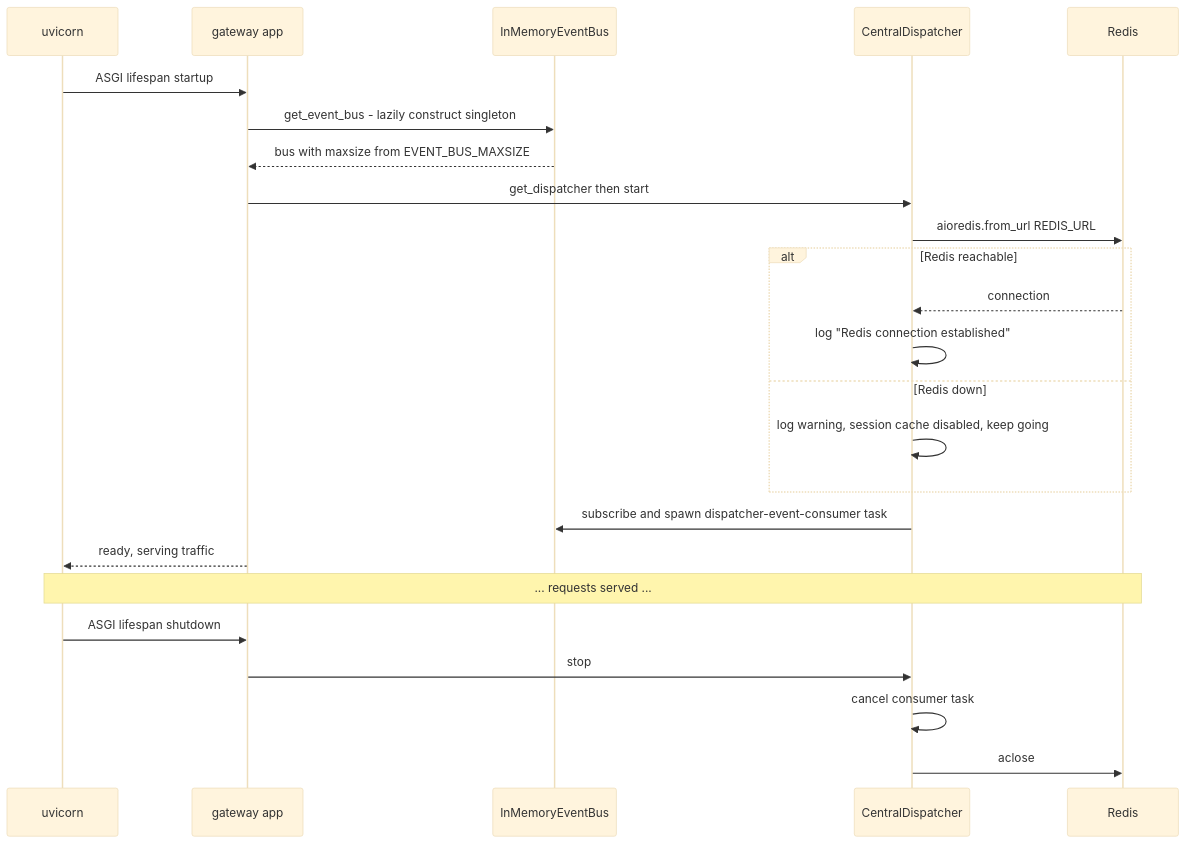
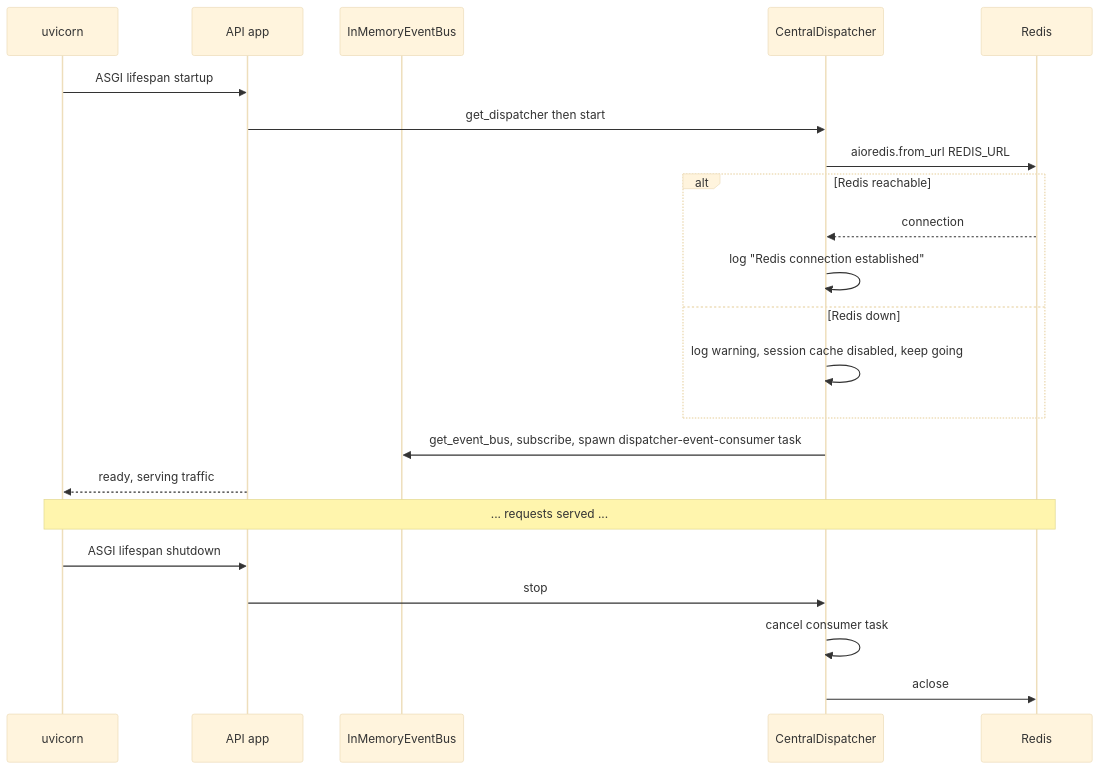
The second of 22 diagrams in docs/current/13-gateway-and-realtime.md (gondolerahul/hire-buddha-app), drawn with Mermaid (base theme) before and after one commit. The commit also changed other lines of this file and 61 other files, not shown here.

````diff
--- a/docs/current/13-gateway-and-realtime.md
+++ b/docs/current/13-gateway-and-realtime.md
@@ -235,29 +182,27 @@
 ```mermaid
 sequenceDiagram
     participant U as uvicorn
-    participant A as gateway app
+    participant A as API app
     participant B as InMemoryEventBus
     participant D as CentralDispatcher
     participant R as Redis
 
     U->>A: ASGI lifespan startup
-    A->>B: get_event_bus - lazily construct singleton
-    B-->>A: bus with maxsize from EVENT_BUS_MAXSIZE
     A->>D: get_dispatcher then start
     D->>R: aioredis.from_url REDIS_URL
     alt Redis reachable
         R-->>D: connection
         D->>D: log "Redis connection established"
     else Redis down
         D->>D: log warning, session cache disabled, keep going
     end
-    D->>B: subscribe and spawn dispatcher-event-consumer task
+    D->>B: get_event_bus, subscribe, spawn dispatcher-event-consumer task
     A-->>U: ready, serving traffic
 
     Note over U,R: ... requests served ...
 
     U->>A: ASGI lifespan shutdown
     A->>D: stop
     D->>D: cancel consumer task
     D->>R: aclose
 ```
````
